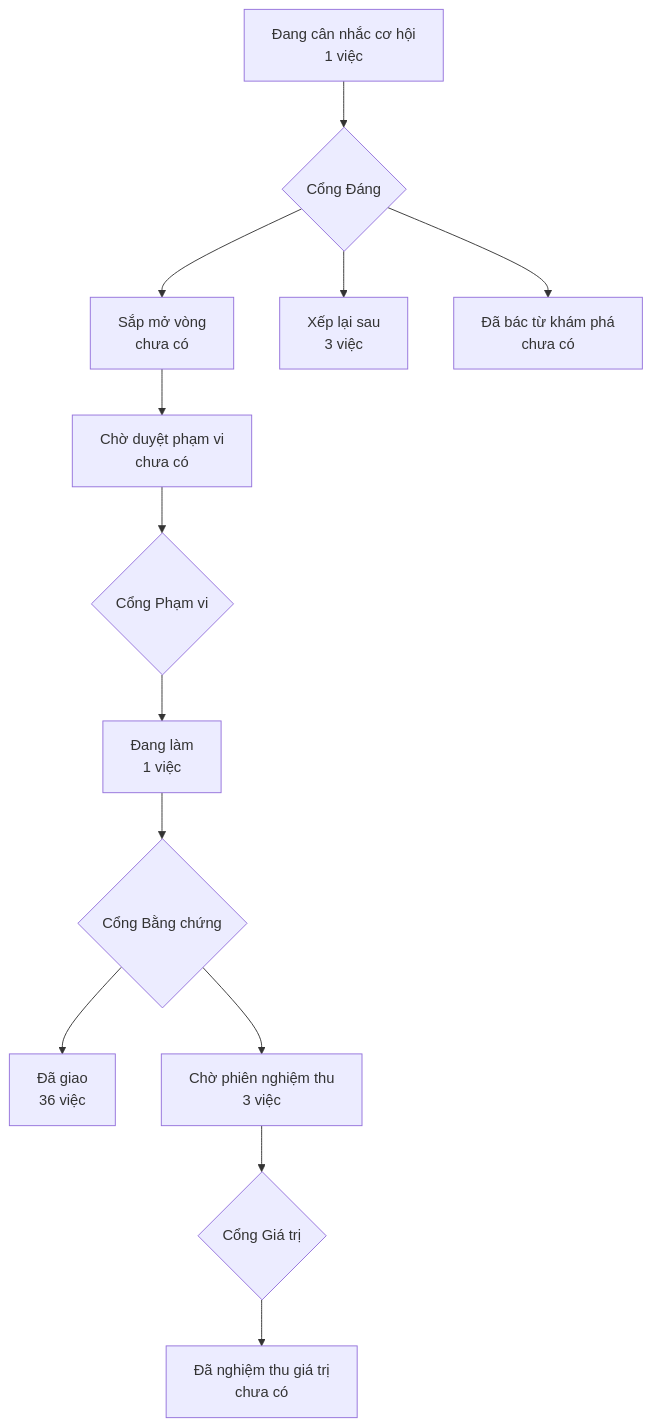
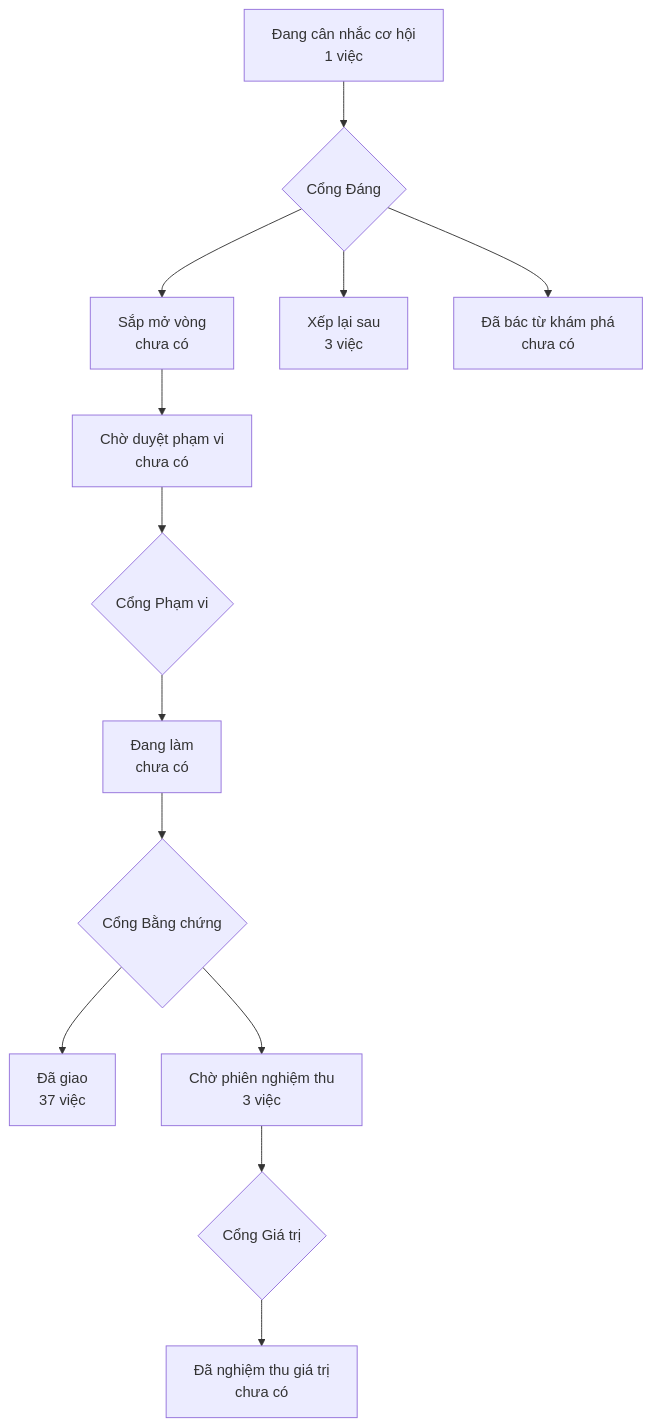
One commit to phanlemanh/OneFlow changed the diagram in PRODUCT-MAP.md. Above: the diagram before and after it, drawn with Mermaid. The commit also changed other lines of this file and 3 other files, not shown here.

````diff
--- a/PRODUCT-MAP.md
+++ b/PRODUCT-MAP.md
@@ -6,12 +6,12 @@
 ```mermaid
 flowchart TD
   A["Đang cân nhắc cơ hội<br/>1 việc"] --> GD{"Cổng Đáng"}
   GD --> B["Sắp mở vòng<br/>chưa có"]
   GD --> XL["Xếp lại sau<br/>3 việc"]
   GD --> DB["Đã bác từ khám phá<br/>chưa có"]
   B --> CD["Chờ duyệt phạm vi<br/>chưa có"] --> GP{"Cổng Phạm vi"}
-  GP --> DL["Đang làm<br/>1 việc"] --> GB{"Cổng Bằng chứng"}
-  GB --> DG["Đã giao<br/>36 việc"]
+  GP --> DL["Đang làm<br/>chưa có"] --> GB{"Cổng Bằng chứng"}
+  GB --> DG["Đã giao<br/>37 việc"]
   GB --> CN["Chờ phiên nghiệm thu<br/>3 việc"] --> GG{"Cổng Giá trị"}
   GG --> NT["Đã nghiệm thu giá trị<br/>chưa có"]
 ```
````
